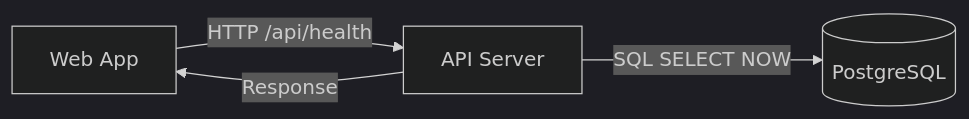
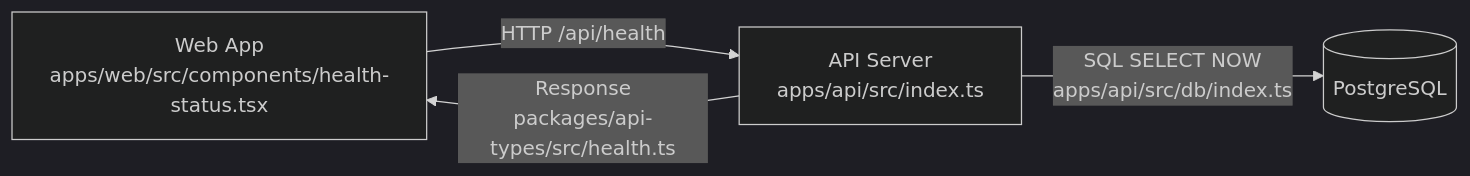
One commit to vicesoftware/nextjs-fastify-hasura-boilerplate changed the first of 2 diagrams in docs/plans/hasura-health-check-integration.md. Above: the diagram before and after it, drawn with Mermaid (dark theme). The commit also changed other lines of this file, not shown here.

Commit message:
docs: enhance architecture overview with specific file names and implementation details

````diff
--- a/docs/plans/hasura-health-check-integration.md
+++ b/docs/plans/hasura-health-check-integration.md
@@ -65,6 +68,6 @@
 ```mermaid
 graph LR
-    A[Web App] -->|HTTP /api/health| B[API Server]
-    B -->|SQL SELECT NOW| C[(PostgreSQL)]
-    B -->|Response| A
+    A[Web App<br/>apps/web/src/components/health-status.tsx] -->|HTTP /api/health| B[API Server<br/>apps/api/src/index.ts]
+    B -->|SQL SELECT NOW<br/>apps/api/src/db/index.ts| C[(PostgreSQL)]
+    B -->|Response<br/>packages/api-types/src/health.ts| A
 ```
````
